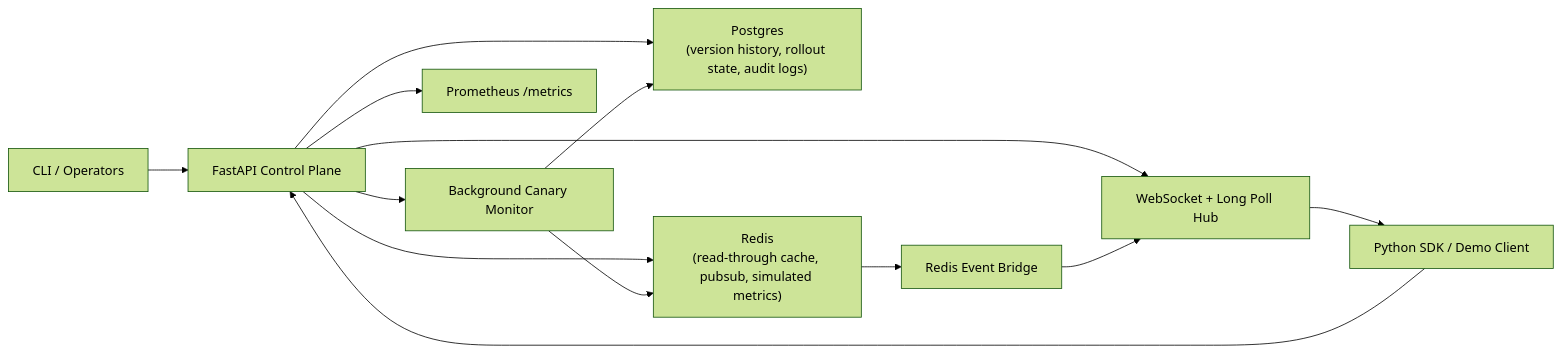
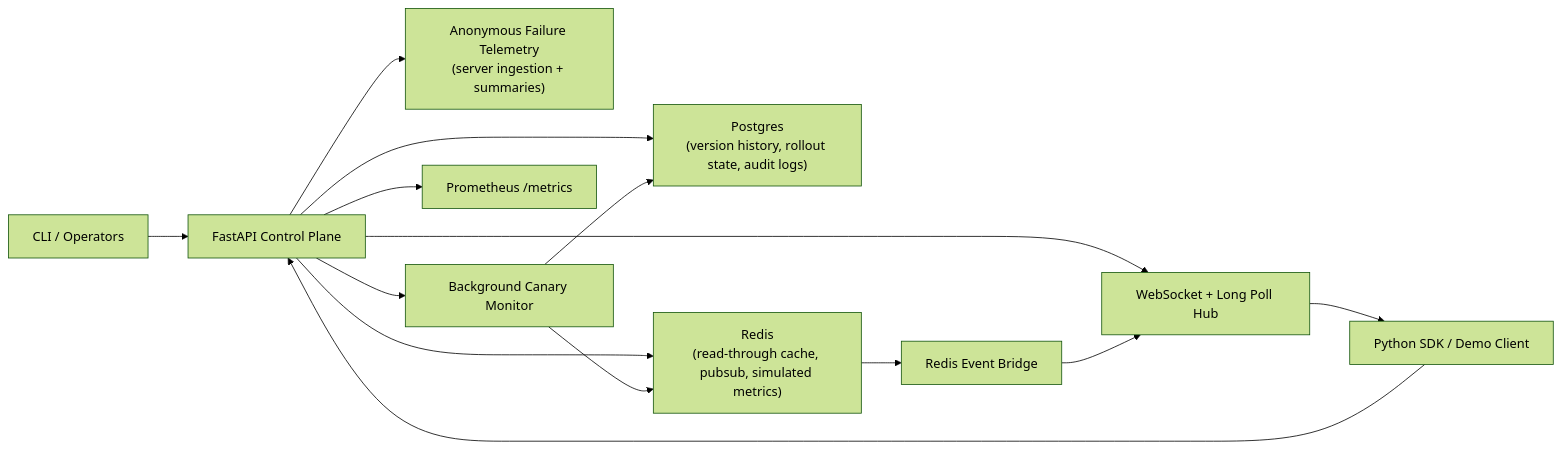
Before and after one commit to Nava-deep/ConfigControl: the diagram in docs/architecture.md, drawn with Mermaid (forest theme). The commit also changed other lines of this file and 14 other files, not shown here.

Commit message:
Implemented anonymous client failure telemetry end-to-end

````diff
--- a/docs/architecture.md
+++ b/docs/architecture.md
@@ -3,15 +3,16 @@
 ```mermaid
 flowchart LR
     CLI["CLI / Operators"] --> API["FastAPI Control Plane"]
     SDK["Python SDK / Demo Client"] --> API
     API --> PG["Postgres\n(version history, rollout state, audit logs)"]
     API --> REDIS["Redis\n(read-through cache, pubsub, simulated metrics)"]
+    API --> TELEMETRY["Anonymous Failure Telemetry\n(server ingestion + summaries)"]
     API --> WS["WebSocket + Long Poll Hub"]
     REDIS --> RELAY["Redis Event Bridge"]
     RELAY --> WS
     WS --> SDK
     API --> CANARY["Background Canary Monitor"]
     CANARY --> PG
     CANARY --> REDIS
     API --> METRICS["Prometheus /metrics"]
 ```
````
